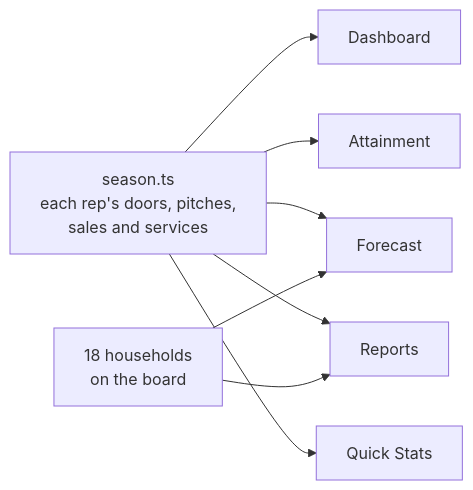
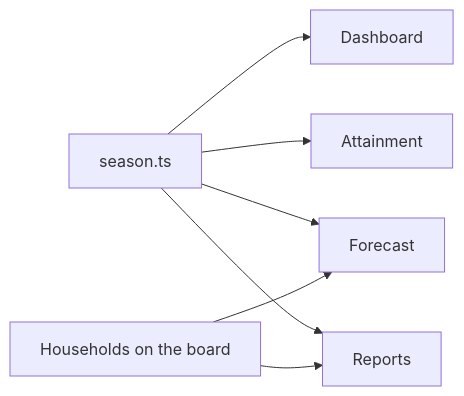
The diagram in README.md (alecokelberry/knock), drawn with Mermaid before and after one commit. The commit also changed other lines of this file, not shown here.

````diff
--- a/README.md
+++ b/README.md
@@ -35,10 +35,9 @@
 ```mermaid
 flowchart LR
-  S[season.ts<br/>each rep's doors, pitches,<br/>sales and services] --> D[Dashboard]
-  S --> A[Attainment]
-  S --> F[Forecast]
-  S --> R[Reports]
-  S --> Q[Quick Stats]
-  H[18 households<br/>on the board] --> F
-  H --> R
+  Season[season.ts] --> Dashboard
+  Season --> Attainment
+  Season --> Forecast
+  Season --> Reports
+  Households[Households on the board] --> Forecast
+  Households --> Reports
 ```
````
